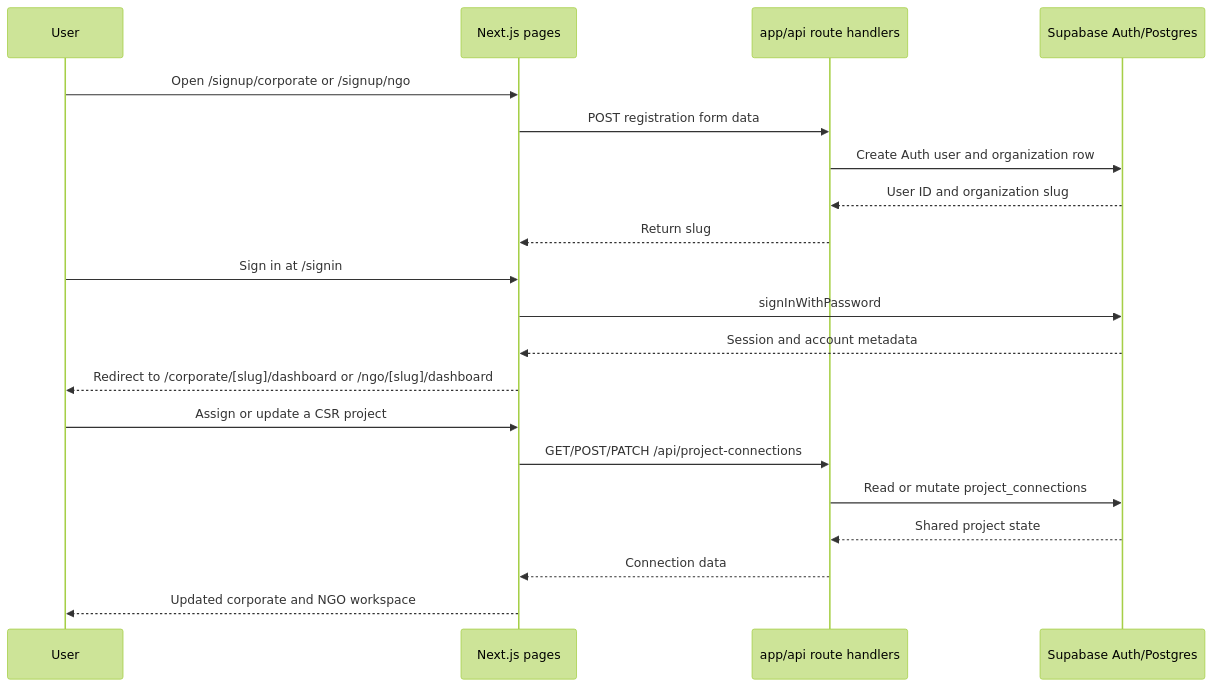
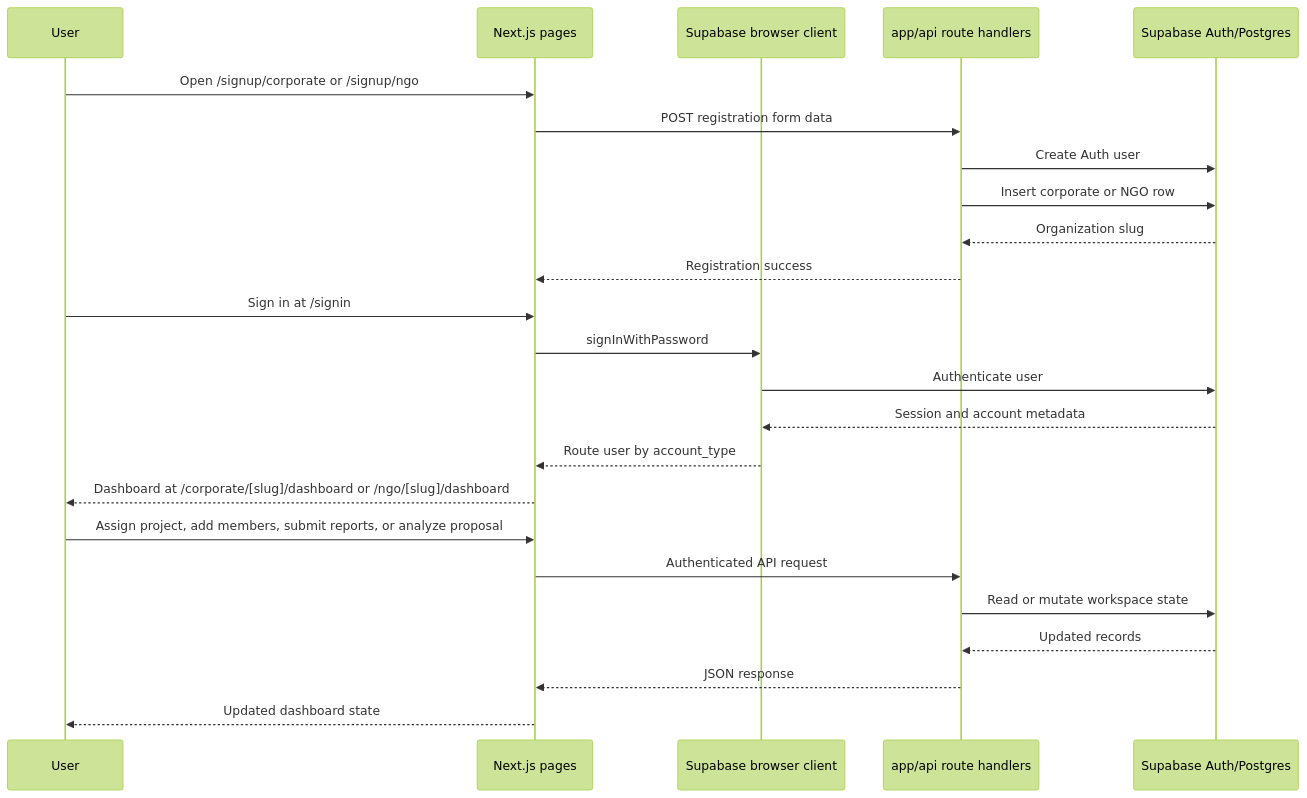
One commit to HAWKAARJAV/CORPOGN-FINAL changed the fifth of 5 diagrams in README.md. Above: the diagram before and after it, drawn with Mermaid (forest theme). The commit also changed other lines of this file, not shown here.

````diff
--- a/README.md
+++ b/README.md
@@ -123,22 +354,27 @@
 ```mermaid
 sequenceDiagram
     participant User
     participant App as Next.js pages
+    participant Browser as Supabase browser client
     participant API as app/api route handlers
-    participant Supabase as Supabase Auth/Postgres
+    participant DB as Supabase Auth/Postgres
+
     User->>App: Open /signup/corporate or /signup/ngo
     App->>API: POST registration form data
-    API->>Supabase: Create Auth user and organization row
-    Supabase-->>API: User ID and organization slug
-    API-->>App: Return slug
+    API->>DB: Create Auth user
+    API->>DB: Insert corporate or NGO row
+    DB-->>API: Organization slug
+    API-->>App: Registration success
     User->>App: Sign in at /signin
-    App->>Supabase: signInWithPassword
-    Supabase-->>App: Session and account metadata
-    App-->>User: Redirect to /corporate/[slug]/dashboard or /ngo/[slug]/dashboard
-    User->>App: Assign or update a CSR project
-    App->>API: GET/POST/PATCH /api/project-connections
-    API->>Supabase: Read or mutate project_connections
-    Supabase-->>API: Shared project state
-    API-->>App: Connection data
-    App-->>User: Updated corporate and NGO workspace
+    App->>Browser: signInWithPassword
+    Browser->>DB: Authenticate user
+    DB-->>Browser: Session and account metadata
+    Browser-->>App: Route user by account_type
+    App-->>User: Dashboard at /corporate/[slug]/dashboard or /ngo/[slug]/dashboard
+    User->>App: Assign project, add members, submit reports, or analyze proposal
+    App->>API: Authenticated API request
+    API->>DB: Read or mutate workspace state
+    DB-->>API: Updated records
+    API-->>App: JSON response
+    App-->>User: Updated dashboard state
 ```
````
